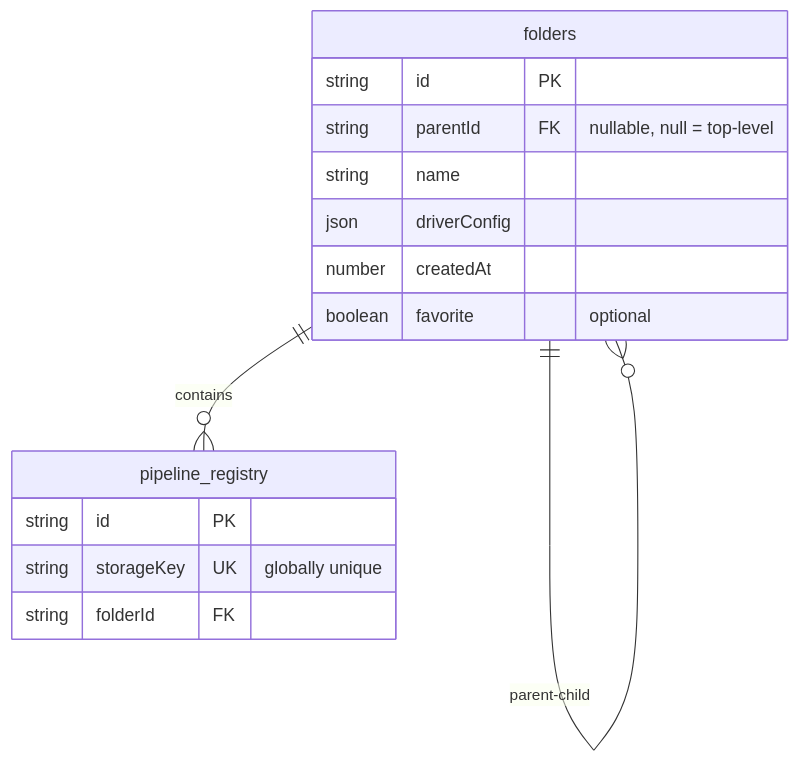
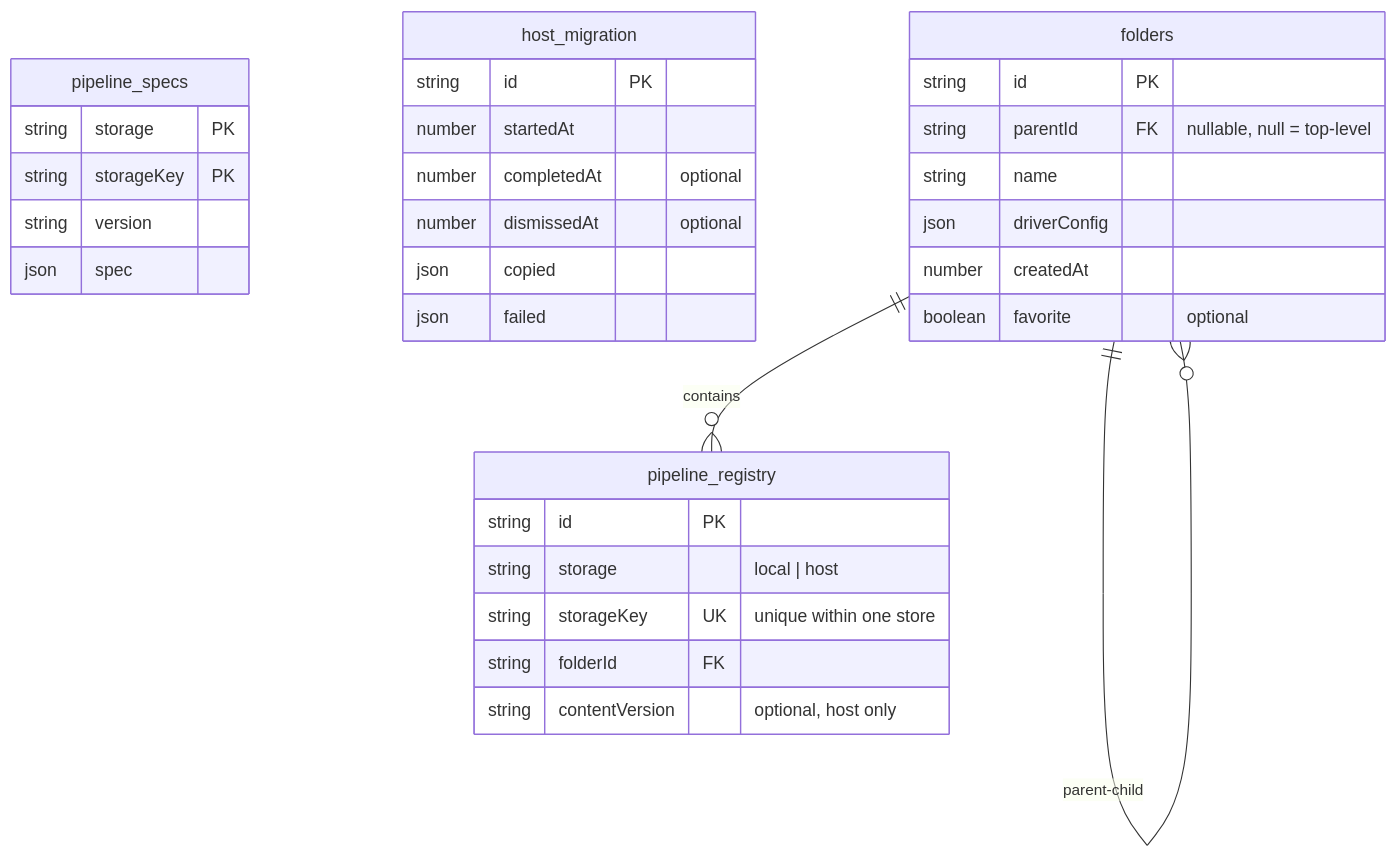
The third of 10 diagrams in src/services/pipelineStorage/ARCHITECTURE.md (TangleML/tangle-ui), drawn with Mermaid before and after one commit. The commit also changed other lines of this file, not shown here.

First line of the commit message:
docs(pipeline-storage): describe the store the page can provide

````diff
--- a/src/services/pipelineStorage/ARCHITECTURE.md
+++ b/src/services/pipelineStorage/ARCHITECTURE.md
@@ -175,20 +250,38 @@
 ```mermaid
 erDiagram
     pipeline_registry {
         string id PK
-        string storageKey UK "globally unique"
+        string storage "local | host"
+        string storageKey UK "unique within one store"
         string folderId FK
+        string contentVersion "optional, host only"
+    }
+
+    pipeline_specs {
+        string storage PK
+        string storageKey PK
+        string version
+        json spec
+    }
+
+    host_migration {
+        string id PK
+        number startedAt
+        number completedAt "optional"
+        number dismissedAt "optional"
+        json copied
+        json failed
     }
 
     folders {
         string id PK
         string parentId FK "nullable, null = top-level"
         string name
         json driverConfig
         number createdAt
         boolean favorite "optional"
     }
 
     folders ||--o{ pipeline_registry : "contains"
     folders ||--o{ folders : "parent-child"
 ```
````
